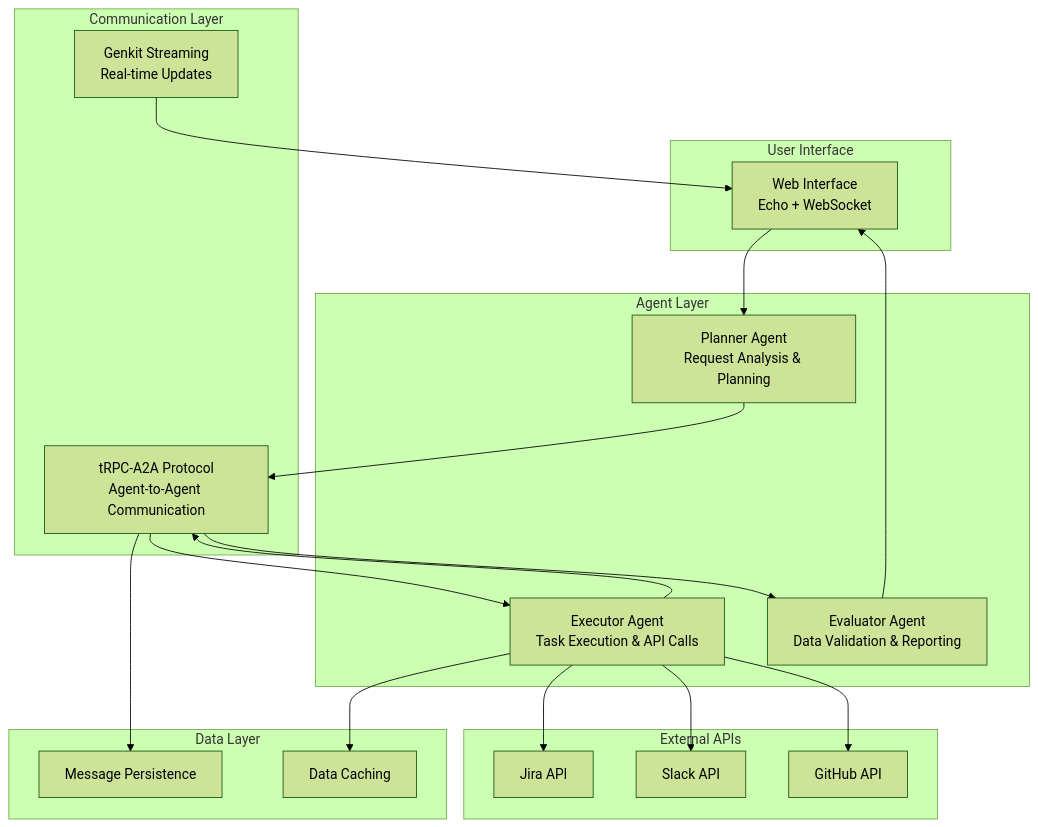
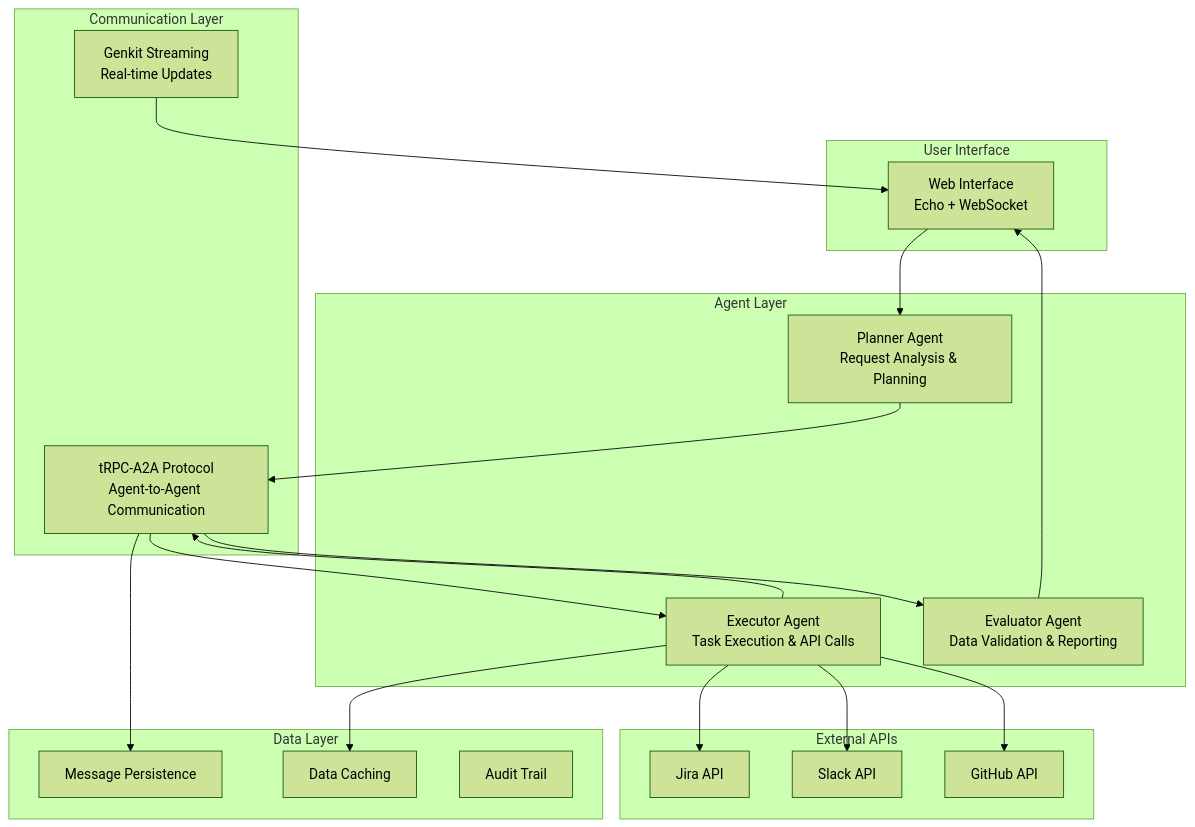
The first of 3 diagrams in docs/overview.md (captain-corgi/vcd-superclaude), drawn with Mermaid (forest theme) before and after one commit. The commit also changed other lines of this file and 27 other files, not shown here.

````diff
--- a/docs/overview.md
+++ b/docs/overview.md
@@ -15,43 +15,44 @@
 ```mermaid
 graph TB
     subgraph "User Interface"
         UI[Web Interface<br/>Echo + WebSocket]
     end
 
     subgraph "Agent Layer"
         PLANNER[Planner Agent<br/>Request Analysis & Planning]
         EXECUTOR[Executor Agent<br/>Task Execution & API Calls]
         EVALUATOR[Evaluator Agent<br/>Data Validation & Reporting]
     end
 
     subgraph "Communication Layer"
         A2A[tRPC-A2A Protocol<br/>Agent-to-Agent Communication]
         STREAM[Genkit Streaming<br/>Real-time Updates]
     end
 
     subgraph "External APIs"
         JIRA[Jira API]
         SLACK[Slack API]
         GITHUB[GitHub API]
     end
 
     subgraph "Data Layer"
         STORAGE[Message Persistence]
         CACHE[Data Caching]
+        AUDIT[Audit Trail]
     end
 
     UI --> PLANNER
     PLANNER --> A2A
     A2A --> EXECUTOR
     EXECUTOR --> A2A
     A2A --> EVALUATOR
     EVALUATOR --> UI
 
     EXECUTOR --> JIRA
     EXECUTOR --> SLACK
     EXECUTOR --> GITHUB
 
     A2A --> STORAGE
     EXECUTOR --> CACHE
     STREAM --> UI
 ```
````
